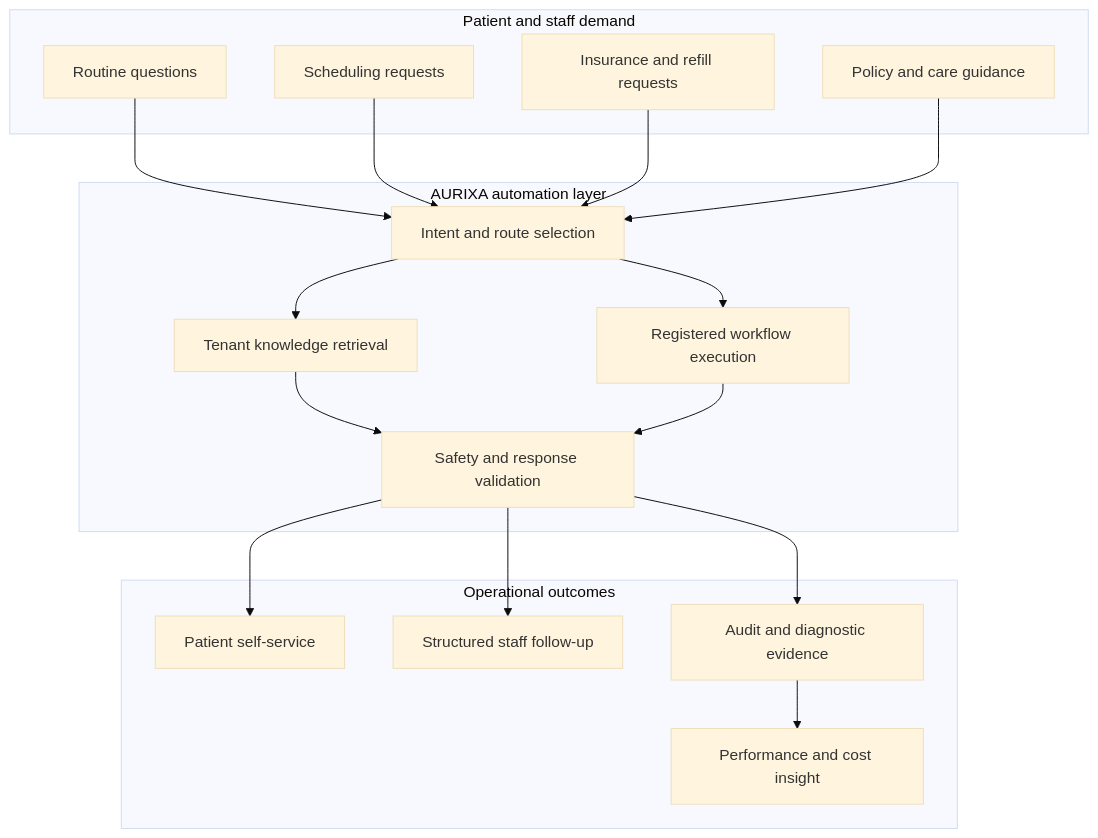
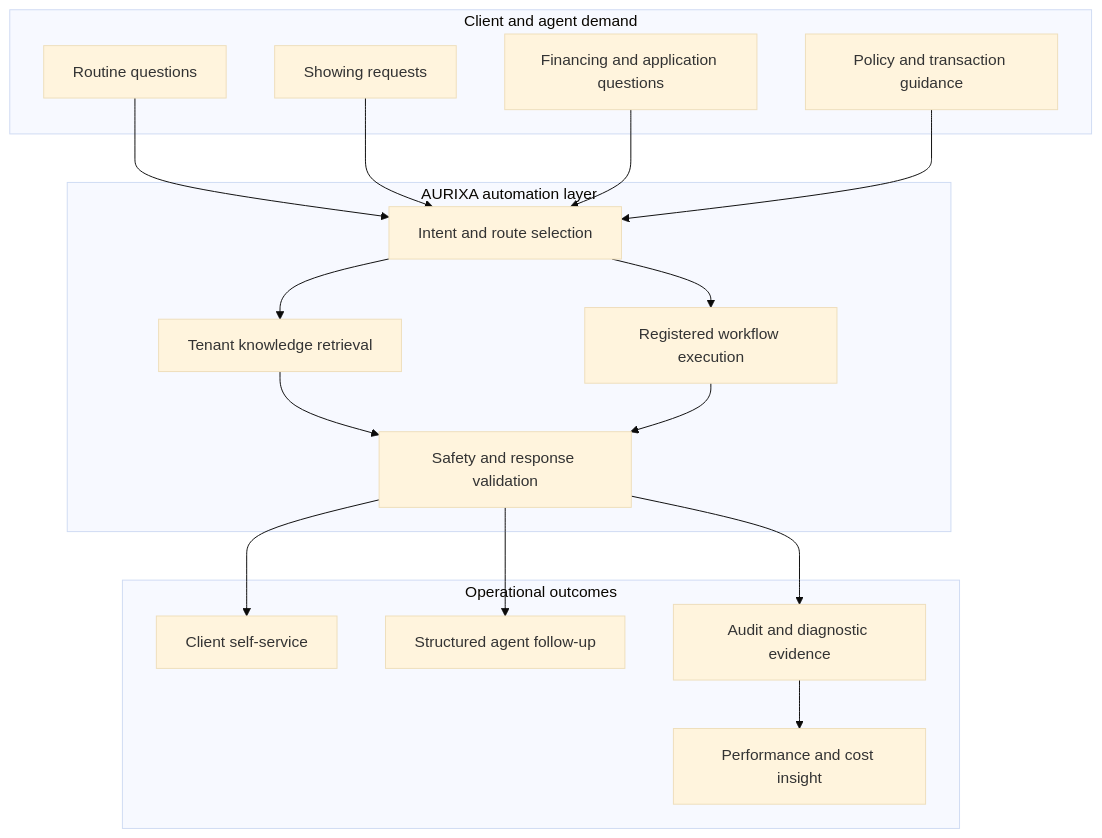
The fifth of 6 diagrams in README.md (ax5hay/AURIXA), drawn with Mermaid (base theme) before and after one commit. The commit also changed other lines of this file and 131 other files, not shown here.

````diff
--- a/README.md
+++ b/README.md
@@ -327,36 +327,36 @@
 ```mermaid
 flowchart TB
-    subgraph Demand["Patient and staff demand"]
+    subgraph Demand["Client and agent demand"]
         Questions["Routine questions"]
-        Scheduling["Scheduling requests"]
-        Insurance["Insurance and refill requests"]
-        KnowledgeNeed["Policy and care guidance"]
+        Scheduling["Showing requests"]
+        Financing["Financing and application questions"]
+        KnowledgeNeed["Policy and transaction guidance"]
     end
 
     subgraph Automation["AURIXA automation layer"]
         Route["Intent and route selection"]
         Retrieve["Tenant knowledge retrieval"]
         Execute["Registered workflow execution"]
         Validate["Safety and response validation"]
     end
 
     subgraph Outcomes["Operational outcomes"]
-        SelfService["Patient self-service"]
-        StaffQueue["Structured staff follow-up"]
+        SelfService["Client self-service"]
+        AgentQueue["Structured agent follow-up"]
         AuditEvidence["Audit and diagnostic evidence"]
         Improvement["Performance and cost insight"]
     end
 
     Questions --> Route
     Scheduling --> Route
-    Insurance --> Route
+    Financing --> Route
     KnowledgeNeed --> Route
     Route --> Retrieve
     Route --> Execute
     Retrieve --> Validate
     Execute --> Validate
     Validate --> SelfService
-    Validate --> StaffQueue
+    Validate --> AgentQueue
     Validate --> AuditEvidence
     AuditEvidence --> Improvement
 ```
````
